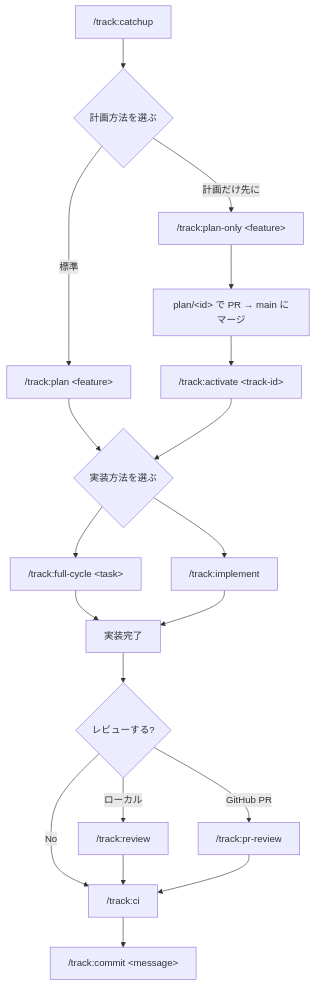
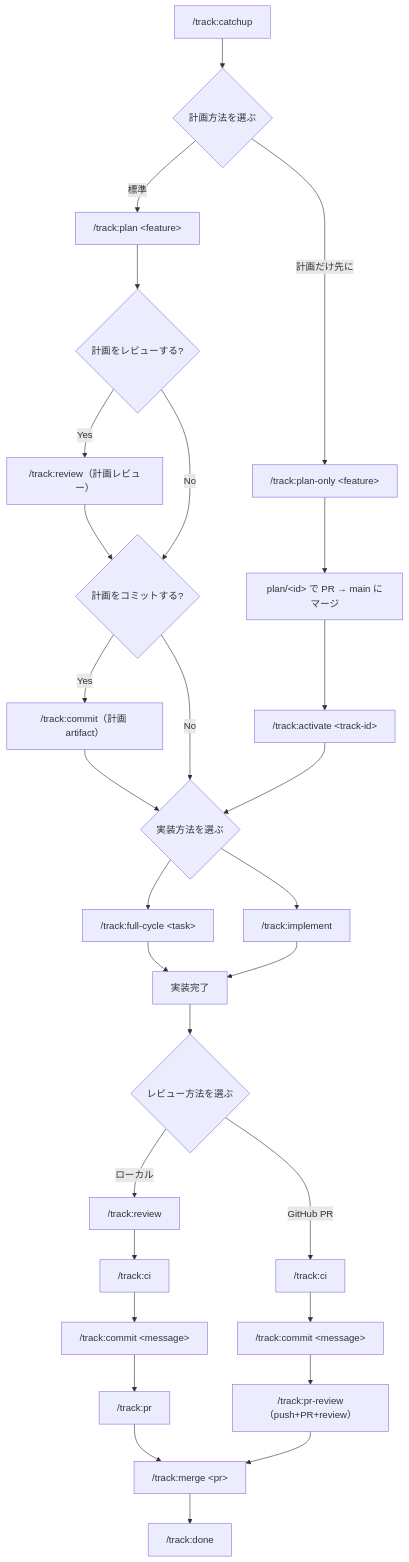
One commit to Flip451/SoTOHE-core changed the diagram in DEVELOPER_AI_WORKFLOW.md. Above: the diagram before and after it, drawn with Mermaid. The commit also changed other lines of this file and 10 other files, not shown here.

Commit message:
Add /track:review to post-plan flow and complete workflow diagram

````diff
--- a/DEVELOPER_AI_WORKFLOW.md
+++ b/DEVELOPER_AI_WORKFLOW.md
@@ -53,21 +53,31 @@
 ```mermaid
 flowchart TD
     A["/track:catchup"] --> B{計画方法を選ぶ}
     B -->|"標準"| P1["/track:plan &lt;feature&gt;"]
     B -->|"計画だけ先に"| P2["/track:plan-only &lt;feature&gt;"]
-    P1 --> D{実装方法を選ぶ}
+    P1 --> PR{"計画をレビューする?"}
+    PR -->|Yes| R1["/track:review（計画レビュー）"]
+    R1 --> PC{"計画をコミットする?"}
+    PR -->|No| PC
+    PC -->|Yes| R1C["/track:commit（計画 artifact）"]
+    R1C --> D{実装方法を選ぶ}
+    PC -->|No| D
     P2 --> PM["plan/&lt;id&gt; で PR → main にマージ"]
     PM --> ACT["/track:activate &lt;track-id&gt;"]
     ACT --> D
     D --> E["/track:full-cycle &lt;task&gt;"]
     D --> F["/track:implement"]
     E --> G["実装完了"]
     F --> G
-    G --> H{"レビューする?"}
+    G --> H{レビュー方法を選ぶ}
     H -->|"ローカル"| I["/track:review"]
-    H -->|"GitHub PR"| I2["/track:pr-review"]
-    H -->|No| J["/track:ci"]
-    I --> J
-    I2 --> J
+    I --> J["/track:ci"]
     J --> K["/track:commit &lt;message&gt;"]
+    K --> L["/track:pr"]
+    L --> M["/track:merge &lt;pr&gt;"]
+    H -->|"GitHub PR"| J2["/track:ci"]
+    J2 --> K2["/track:commit &lt;message&gt;"]
+    K2 --> I2["/track:pr-review（push+PR+review）"]
+    I2 --> M
+    M --> N["/track:done"]
 ```
````
